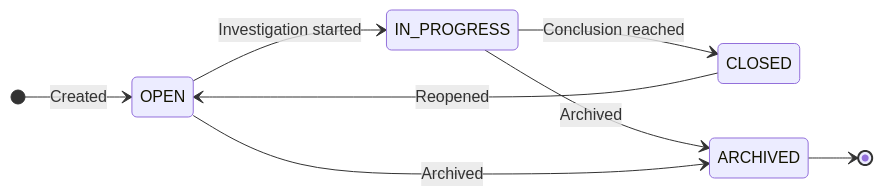
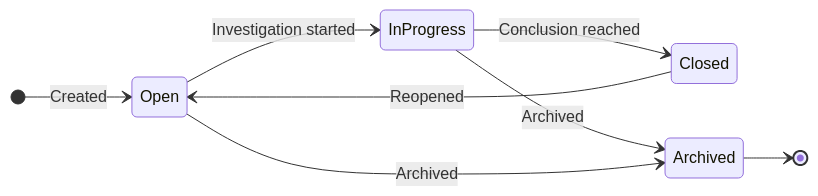
Before and after one commit to classifyre/classifyre: the second of 2 diagrams in apps/docs/app/flow/investigations/cases/page.mdx, drawn with Mermaid. The commit also changed other lines of this file and 31 other files, not shown here.

````diff
--- a/apps/docs/app/flow/investigations/cases/page.mdx
+++ b/apps/docs/app/flow/investigations/cases/page.mdx
@@ -43,11 +51,11 @@
 ```mermaid
 stateDiagram-v2
     direction LR
-    [*] --> OPEN: Created
-    OPEN --> IN_PROGRESS: Investigation started
-    IN_PROGRESS --> CLOSED: Conclusion reached
-    CLOSED --> OPEN: Reopened
-    IN_PROGRESS --> ARCHIVED: Archived
-    OPEN --> ARCHIVED: Archived
-    ARCHIVED --> [*]
+    [*] --> Open: Created
+    Open --> InProgress: Investigation started
+    InProgress --> Closed: Conclusion reached
+    Closed --> Open: Reopened
+    InProgress --> Archived: Archived
+    Open --> Archived: Archived
+    Archived --> [*]
 ```
````
